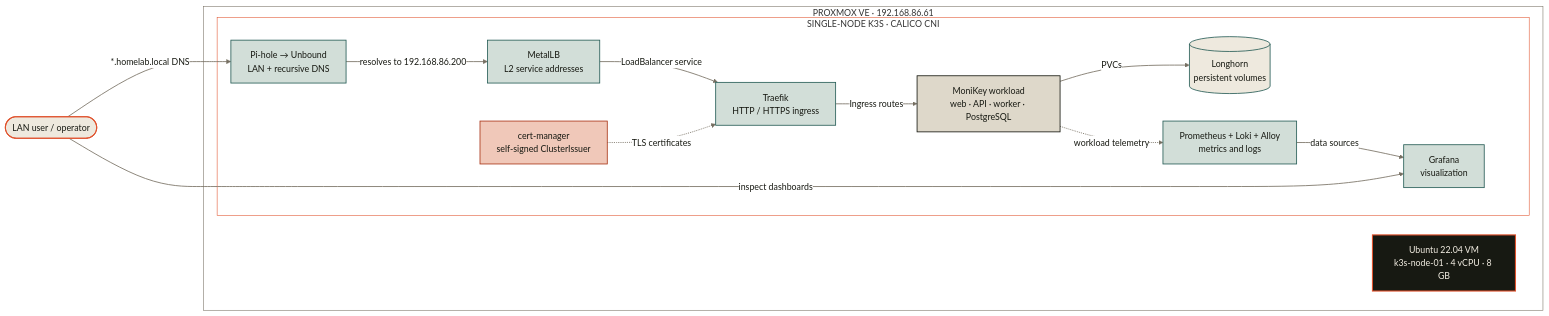
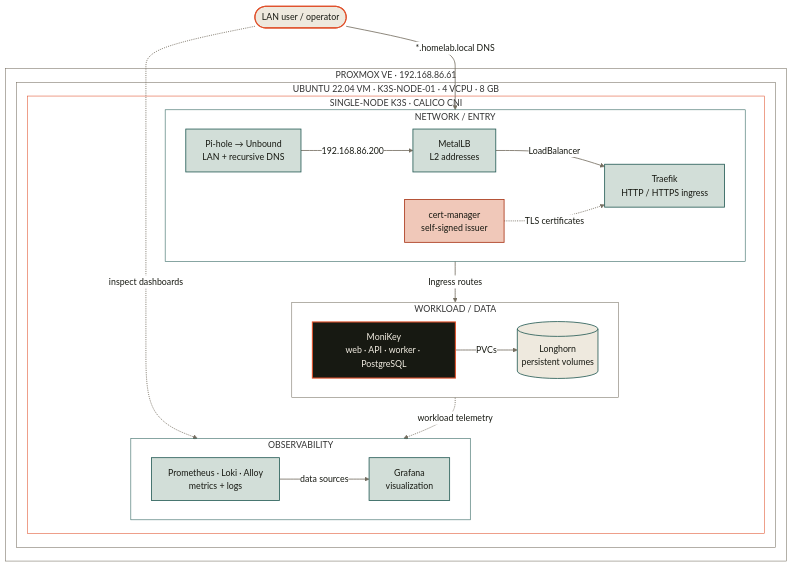
Before and after one commit to Jeysibn/portfolio: the diagram in docs/architecture/homelab/system.mmd, drawn with Mermaid (neutral theme). The commit also changed 13 other files, not shown here.

Commit message:
polish architecture diagram presentation

```diff
--- a/docs/architecture/homelab/system.mmd
+++ b/docs/architecture/homelab/system.mmd
@@ -1,39 +1,50 @@
 %% C4 container-level Homelab runtime view.
 %% Audience: recruiters and technical reviewers tracing LAN traffic and operations.
-flowchart LR
+%% Shows the single-node runtime topology; provisioning is out of scope.
+flowchart TB
   operator(["LAN user / operator"]):::actor
-
   subgraph proxmox["PROXMOX VE · 192.168.86.61"]
-    vm["Ubuntu 22.04 VM<br/>k3s-node-01 · 4 vCPU · 8 GB"]:::host
-    subgraph cluster["SINGLE-NODE K3S · CALICO CNI"]
-      metallb["MetalLB<br/>L2 service addresses"]:::network
-      traefik["Traefik<br/>HTTP / HTTPS ingress"]:::network
-      dns["Pi-hole → Unbound<br/>LAN + recursive DNS"]:::network
-      monikey["MoniKey workload<br/>web · API · worker · PostgreSQL"]:::runtime
-      storage[("Longhorn<br/>persistent volumes")]:::state
-      observe["Prometheus + Loki + Alloy<br/>metrics and logs"]:::observe
-      grafana["Grafana<br/>visualization"]:::observe
-      tls["cert-manager<br/>self-signed ClusterIssuer"]:::trust
+    subgraph vm["UBUNTU 22.04 VM · K3S-NODE-01 · 4 VCPU · 8 GB"]
+      subgraph cluster["SINGLE-NODE K3S · CALICO CNI"]
+        subgraph entry["NETWORK / ENTRY"]
+          direction LR
+          dns["Pi-hole → Unbound<br/>LAN + recursive DNS"]:::network
+          metallb["MetalLB<br/>L2 addresses"]:::network
+          traefik["Traefik<br/>HTTP / HTTPS ingress"]:::network
+          tls["cert-manager<br/>self-signed issuer"]:::trust
+        end
+        subgraph services["WORKLOAD / DATA"]
+          direction LR
+          monikey["MoniKey<br/>web · API · worker · PostgreSQL"]:::runtime
+          storage[("Longhorn<br/>persistent volumes")]:::state
+        end
+        subgraph telemetry["OBSERVABILITY"]
+          direction LR
+          collectors["Prometheus · Loki · Alloy<br/>metrics + logs"]:::observe
+          grafana["Grafana<br/>visualization"]:::observe
+        end
+      end
     end
   end
-
   operator -->|"*.homelab.local DNS"| dns
-  dns -->|"resolves to 192.168.86.200"| metallb
-  metallb -->|"LoadBalancer service"| traefik
+  dns -->|"192.168.86.200"| metallb
+  metallb -->|"LoadBalancer"| traefik
   traefik -->|"Ingress routes"| monikey
   tls -.->|"TLS certificates"| traefik
   monikey -->|"PVCs"| storage
-  monikey -.->|"workload telemetry"| observe
-  observe -->|"data sources"| grafana
-  operator -->|"inspect dashboards"| grafana
-
+  monikey -.->|"workload telemetry"| collectors
+  collectors -->|"data sources"| grafana
+  operator -.->|"inspect dashboards"| grafana
   classDef actor fill:#eee9de,stroke:#e0522d,color:#171912,stroke-width:2px
-  classDef host fill:#171912,stroke:#e0522d,color:#f3eee3,stroke-width:2px
   classDef network fill:#d2ded8,stroke:#275d57,color:#171912,stroke-width:1.5px
-  classDef runtime fill:#ded8ca,stroke:#171912,color:#171912,stroke-width:1.5px
+  classDef runtime fill:#171912,stroke:#e0522d,color:#f3eee3,stroke-width:2px
   classDef state fill:#eee9de,stroke:#275d57,color:#171912,stroke-width:1.5px
   classDef observe fill:#d2ded8,stroke:#275d57,color:#171912,stroke-width:1.5px
   classDef trust fill:#f0c8b9,stroke:#a93618,color:#171912,stroke-width:1.5px
   style proxmox fill:transparent,stroke:#766f62,stroke-width:1px
+  style vm fill:transparent,stroke:#766f62,stroke-width:1px
   style cluster fill:transparent,stroke:#e0522d,stroke-width:1px
+  style entry fill:transparent,stroke:#275d57,stroke-width:1px
+  style services fill:transparent,stroke:#766f62,stroke-width:1px
+  style telemetry fill:transparent,stroke:#275d57,stroke-width:1px
   linkStyle default stroke:#766f62,stroke-width:1.5px,color:#171912
```
